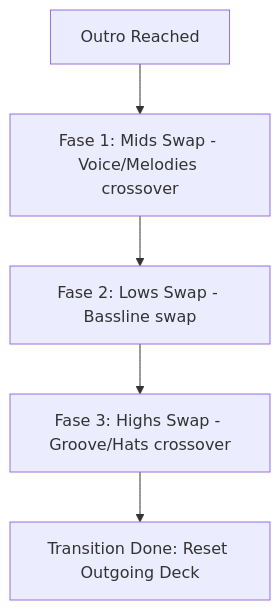
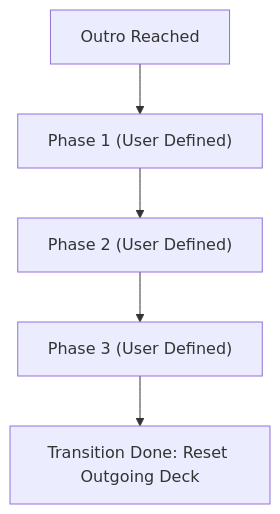
One commit to hector-horta/AuraMix changed the diagram in README.md. Above: the diagram before and after it, drawn with Mermaid. The commit also changed other lines of this file, not shown here.

````diff
--- a/README.md
+++ b/README.md
@@ -114,7 +125,7 @@
 ```mermaid
 graph TD
-    A[Outro Reached] --> B[Fase 1: Mids Swap - Voice/Melodies crossover]
-    B --> C[Fase 2: Lows Swap - Bassline swap]
-    C --> D[Fase 3: Highs Swap - Groove/Hats crossover]
+    A[Outro Reached] --> B["Phase 1 (User Defined)"]
+    B --> C["Phase 2 (User Defined)"]
+    C --> D["Phase 3 (User Defined)"]
     D --> E[Transition Done: Reset Outgoing Deck]
 ```
````
